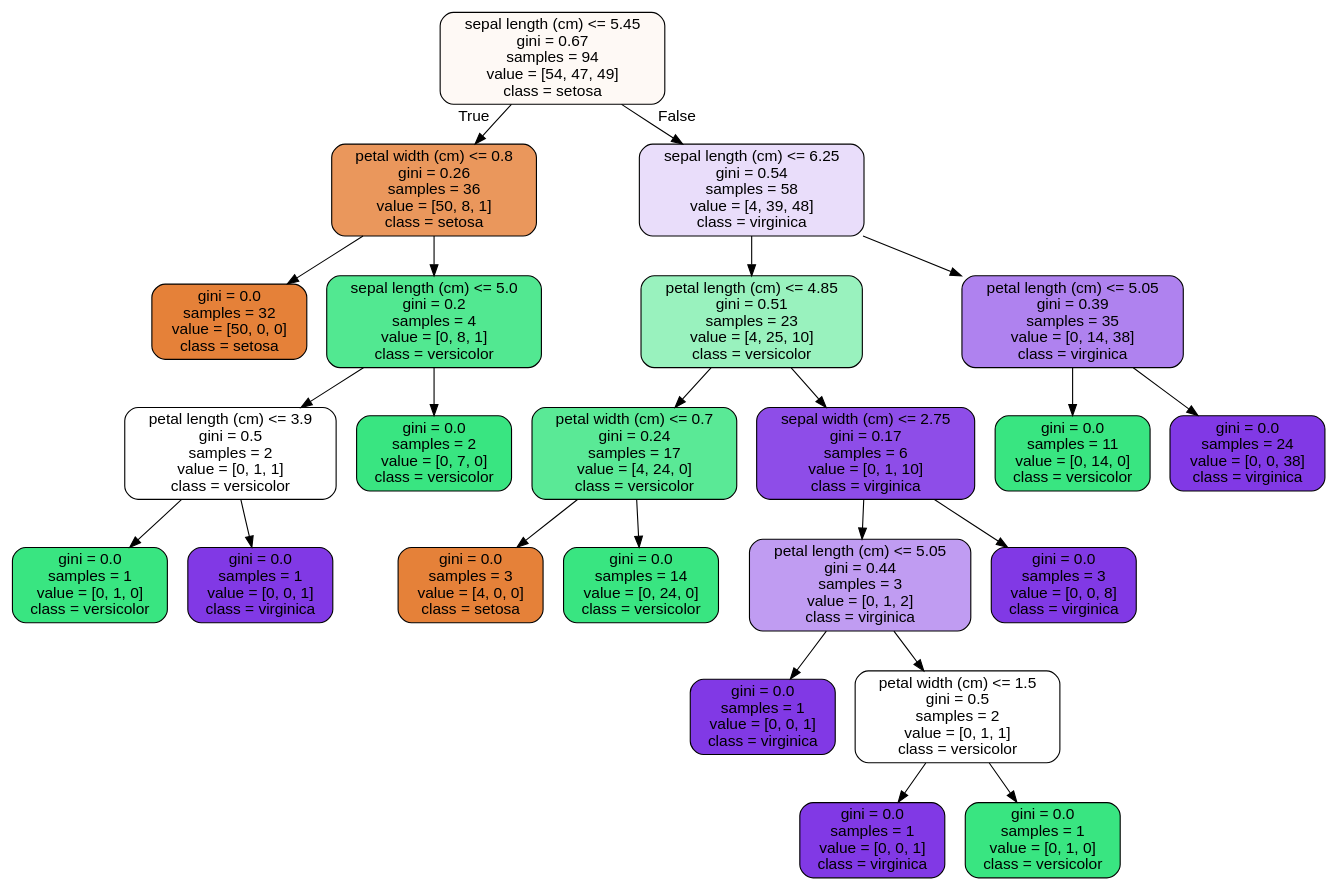
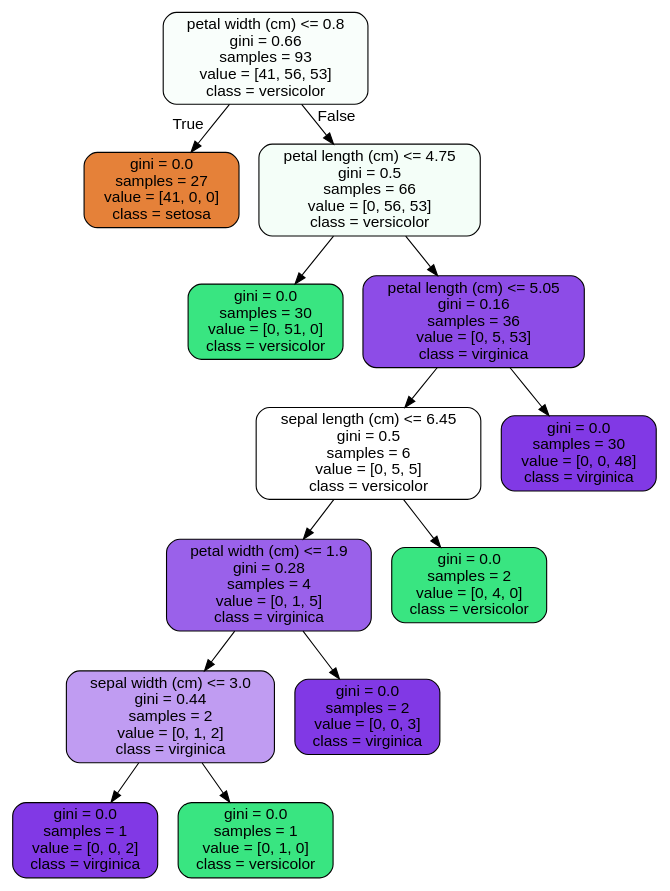
Before and after one commit to john-tenney/Springboard: the diagram in RandomForest Covid Case Study_06302020/tree.dot, drawn with Graphviz. The commit also changed 6 other files, not shown here.

```diff
--- a/RandomForest Covid Case Study_06302020/tree.dot
+++ b/RandomForest Covid Case Study_06302020/tree.dot
@@ -1,49 +1,29 @@
 digraph Tree {
 node [shape=box, style="filled, rounded", color="black", fontname=helvetica] ;
 edge [fontname=helvetica] ;
-0 [label="sepal length (cm) <= 5.45\ngini = 0.67\nsamples = 94\nvalue = [54, 47, 49]\nclass = setosa", fillcolor="#fef9f5"] ;
-1 [label="petal width (cm) <= 0.8\ngini = 0.26\nsamples = 36\nvalue = [50, 8, 1]\nclass = setosa", fillcolor="#ea975c"] ;
+0 [label="petal width (cm) <= 0.8\ngini = 0.66\nsamples = 93\nvalue = [41, 56, 53]\nclass = versicolor", fillcolor="#f9fefb"] ;
+1 [label="gini = 0.0\nsamples = 27\nvalue = [41, 0, 0]\nclass = setosa", fillcolor="#e58139"] ;
 0 -> 1 [labeldistance=2.5, labelangle=45, headlabel="True"] ;
-2 [label="gini = 0.0\nsamples = 32\nvalue = [50, 0, 0]\nclass = setosa", fillcolor="#e58139"] ;
-1 -> 2 ;
-3 [label="sepal length (cm) <= 5.0\ngini = 0.2\nsamples = 4\nvalue = [0, 8, 1]\nclass = versicolor", fillcolor="#52e891"] ;
-1 -> 3 ;
-4 [label="petal length (cm) <= 3.9\ngini = 0.5\nsamples = 2\nvalue = [0, 1, 1]\nclass = versicolor", fillcolor="#ffffff"] ;
-3 -> 4 ;
-5 [label="gini = 0.0\nsamples = 1\nvalue = [0, 1, 0]\nclass = versicolor", fillcolor="#39e581"] ;
+2 [label="petal length (cm) <= 4.75\ngini = 0.5\nsamples = 66\nvalue = [0, 56, 53]\nclass = versicolor", fillcolor="#f4fef8"] ;
+0 -> 2 [labeldistance=2.5, labelangle=-45, headlabel="False"] ;
+3 [label="gini = 0.0\nsamples = 30\nvalue = [0, 51, 0]\nclass = versicolor", fillcolor="#39e581"] ;
+2 -> 3 ;
+4 [label="petal length (cm) <= 5.05\ngini = 0.16\nsamples = 36\nvalue = [0, 5, 53]\nclass = virginica", fillcolor="#8d4ce7"] ;
+2 -> 4 ;
+5 [label="sepal length (cm) <= 6.45\ngini = 0.5\nsamples = 6\nvalue = [0, 5, 5]\nclass = versicolor", fillcolor="#ffffff"] ;
 4 -> 5 ;
-6 [label="gini = 0.0\nsamples = 1\nvalue = [0, 0, 1]\nclass = virginica", fillcolor="#8139e5"] ;
-4 -> 6 ;
-7 [label="gini = 0.0\nsamples = 2\nvalue = [0, 7, 0]\nclass = versicolor", fillcolor="#39e581"] ;
-3 -> 7 ;
-8 [label="sepal length (cm) <= 6.25\ngini = 0.54\nsamples = 58\nvalue = [4, 39, 48]\nclass = virginica", fillcolor="#e9ddfa"] ;
-0 -> 8 [labeldistance=2.5, labelangle=-45, headlabel="False"] ;
-9 [label="petal length (cm) <= 4.85\ngini = 0.51\nsamples = 23\nvalue = [4, 25, 10]\nclass = versicolor", fillcolor="#99f2be"] ;
-8 -> 9 ;
-10 [label="petal width (cm) <= 0.7\ngini = 0.24\nsamples = 17\nvalue = [4, 24, 0]\nclass = versicolor", fillcolor="#5ae996"] ;
-9 -> 10 ;
-11 [label="gini = 0.0\nsamples = 3\nvalue = [4, 0, 0]\nclass = setosa", fillcolor="#e58139"] ;
-10 -> 11 ;
-12 [label="gini = 0.0\nsamples = 14\nvalue = [0, 24, 0]\nclass = versicolor", fillcolor="#39e581"] ;
-10 -> 12 ;
-13 [label="sepal width (cm) <= 2.75\ngini = 0.17\nsamples = 6\nvalue = [0, 1, 10]\nclass = virginica", fillcolor="#8e4de8"] ;
-9 -> 13 ;
-14 [label="petal length (cm) <= 5.05\ngini = 0.44\nsamples = 3\nvalue = [0, 1, 2]\nclass = virginica", fillcolor="#c09cf2"] ;
-13 -> 14 ;
-15 [label="gini = 0.0\nsamples = 1\nvalue = [0, 0, 1]\nclass = virginica", fillcolor="#8139e5"] ;
-14 -> 15 ;
-16 [label="petal width (cm) <= 1.5\ngini = 0.5\nsamples = 2\nvalue = [0, 1, 1]\nclass = versicolor", fillcolor="#ffffff"] ;
-14 -> 16 ;
-17 [label="gini = 0.0\nsamples = 1\nvalue = [0, 0, 1]\nclass = virginica", fillcolor="#8139e5"] ;
-16 -> 17 ;
-18 [label="gini = 0.0\nsamples = 1\nvalue = [0, 1, 0]\nclass = versicolor", fillcolor="#39e581"] ;
-16 -> 18 ;
-19 [label="gini = 0.0\nsamples = 3\nvalue = [0, 0, 8]\nclass = virginica", fillcolor="#8139e5"] ;
-13 -> 19 ;
-20 [label="petal length (cm) <= 5.05\ngini = 0.39\nsamples = 35\nvalue = [0, 14, 38]\nclass = virginica", fillcolor="#af82ef"] ;
-8 -> 20 ;
-21 [label="gini = 0.0\nsamples = 11\nvalue = [0, 14, 0]\nclass = versicolor", fillcolor="#39e581"] ;
-20 -> 21 ;
-22 [label="gini = 0.0\nsamples = 24\nvalue = [0, 0, 38]\nclass = virginica", fillcolor="#8139e5"] ;
-20 -> 22 ;
+6 [label="petal width (cm) <= 1.9\ngini = 0.28\nsamples = 4\nvalue = [0, 1, 5]\nclass = virginica", fillcolor="#9a61ea"] ;
+5 -> 6 ;
+7 [label="sepal width (cm) <= 3.0\ngini = 0.44\nsamples = 2\nvalue = [0, 1, 2]\nclass = virginica", fillcolor="#c09cf2"] ;
+6 -> 7 ;
+8 [label="gini = 0.0\nsamples = 1\nvalue = [0, 0, 2]\nclass = virginica", fillcolor="#8139e5"] ;
+7 -> 8 ;
+9 [label="gini = 0.0\nsamples = 1\nvalue = [0, 1, 0]\nclass = versicolor", fillcolor="#39e581"] ;
+7 -> 9 ;
+10 [label="gini = 0.0\nsamples = 2\nvalue = [0, 0, 3]\nclass = virginica", fillcolor="#8139e5"] ;
+6 -> 10 ;
+11 [label="gini = 0.0\nsamples = 2\nvalue = [0, 4, 0]\nclass = versicolor", fillcolor="#39e581"] ;
+5 -> 11 ;
+12 [label="gini = 0.0\nsamples = 30\nvalue = [0, 0, 48]\nclass = virginica", fillcolor="#8139e5"] ;
+4 -> 12 ;
 }
```
